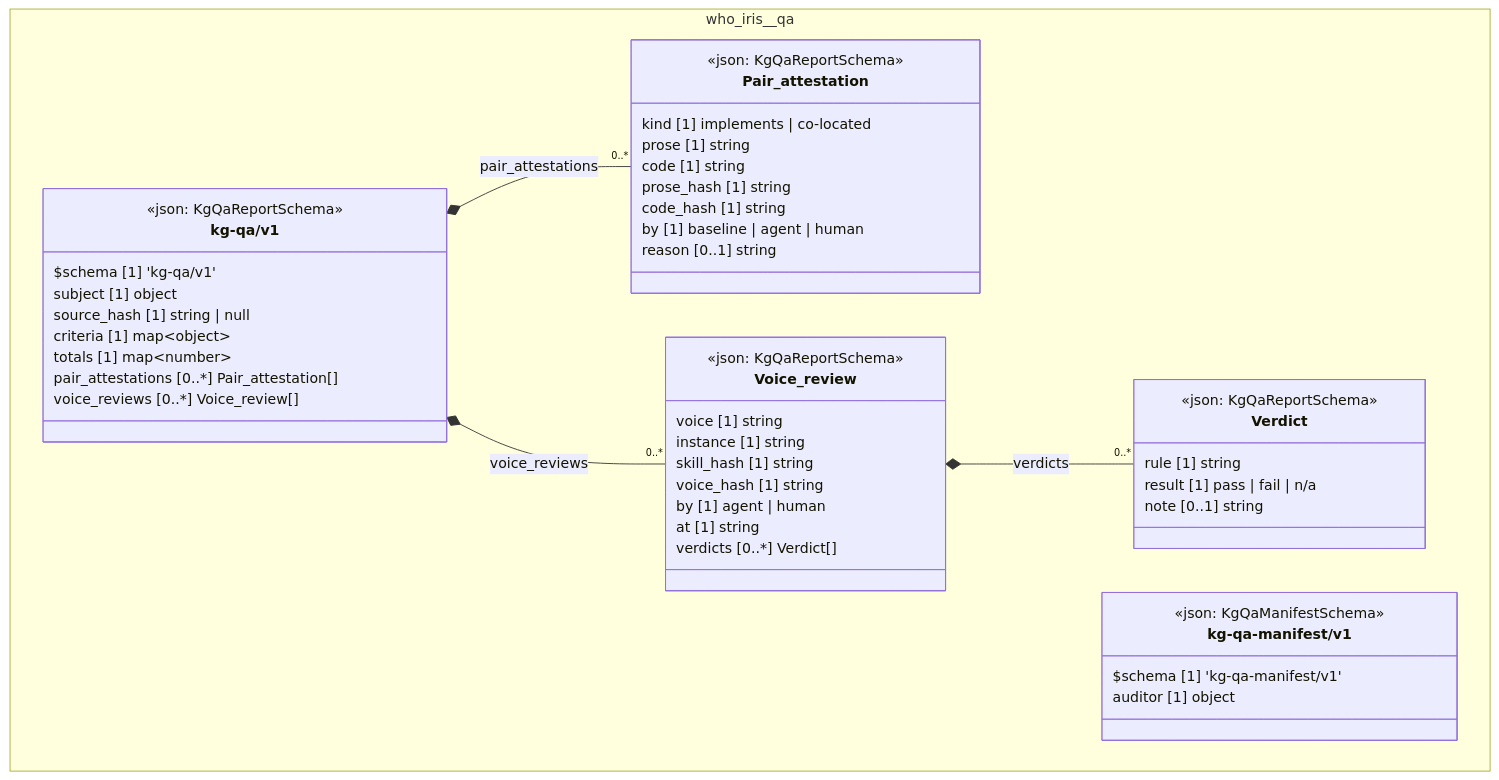
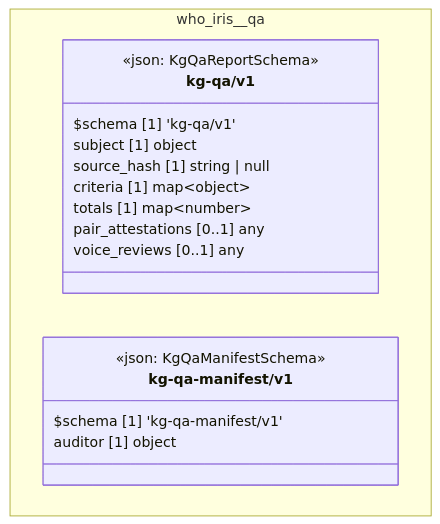
Before and after one commit to litlfred/folio-assistant: the diagram in cat-harness/docs/uml/overview/who-iris/qa.md, drawn with Mermaid. The commit also changed 234 other files, not shown here.

````diff
--- a/cat-harness/docs/uml/overview/who-iris/qa.md
+++ b/cat-harness/docs/uml/overview/who-iris/qa.md
@@ -42,55 +42,23 @@
 ```mermaid
 classDiagram
   direction TB
   namespace who_iris__qa {
-    class who_iris_qa_kg_qa_v1_Pair_attestation["Pair_attestation"] {
-      <<json: KgQaReportSchema>>
-      kind [1] implements | co-located
-      prose [1] string
-      code [1] string
-      prose_hash [1] string
-      code_hash [1] string
-      by [1] baseline | agent | human
-      reason [0..1] string
-    }
-    class who_iris_qa_kg_qa_v1_Verdict["Verdict"] {
-      <<json: KgQaReportSchema>>
-      rule [1] string
-      result [1] pass | fail | n/a
-      note [0..1] string
-    }
-    class who_iris_qa_kg_qa_v1_Voice_review["Voice_review"] {
-      <<json: KgQaReportSchema>>
-      voice [1] string
-      instance [1] string
-      skill_hash [1] string
-      voice_hash [1] string
-      by [1] agent | human
-      at [1] string
-      verdicts [0..*] Verdict[]
-    }
     class who_iris_qa_kg_qa_v1_kg_qa_v1["kg-qa/v1"] {
       <<json: KgQaReportSchema>>
       $schema [1] 'kg-qa/v1'
       subject [1] object
       source_hash [1] string | null
       criteria [1] map~object~
       totals [1] map~number~
-      pair_attestations [0..*] Pair_attestation[]
-      voice_reviews [0..*] Voice_review[]
+      pair_attestations [0..1] any
+      voice_reviews [0..1] any
     }
     class who_iris_qa_kg_qa_manifest_v1_kg_qa_manifest_v1["kg-qa-manifest/v1"] {
       <<json: KgQaManifestSchema>>
       $schema [1] 'kg-qa-manifest/v1'
       auditor [1] object
     }
   }
-  who_iris_qa_kg_qa_v1_kg_qa_v1 *-- "0..*" who_iris_qa_kg_qa_v1_Pair_attestation : pair_attestations
-  who_iris_qa_kg_qa_v1_Voice_review *-- "0..*" who_iris_qa_kg_qa_v1_Verdict : verdicts
-  who_iris_qa_kg_qa_v1_kg_qa_v1 *-- "0..*" who_iris_qa_kg_qa_v1_Voice_review : voice_reviews
-  cssClass "who_iris_qa_kg_qa_v1_Pair_attestation" fa_uml_kind_qa
-  cssClass "who_iris_qa_kg_qa_v1_Verdict" fa_uml_kind_qa
-  cssClass "who_iris_qa_kg_qa_v1_Voice_review" fa_uml_kind_qa
   cssClass "who_iris_qa_kg_qa_v1_kg_qa_v1" fa_uml_kind_qa
   cssClass "who_iris_qa_kg_qa_manifest_v1_kg_qa_manifest_v1" fa_uml_kind_qa
 ```
````
